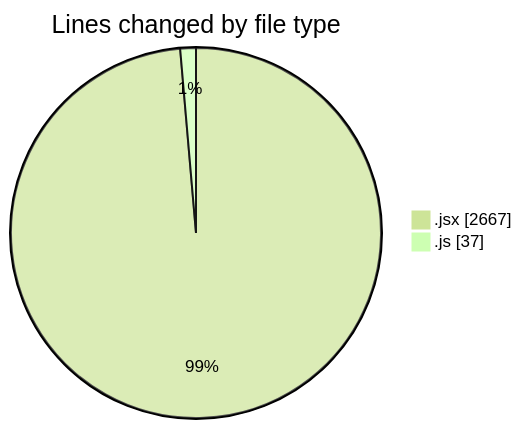
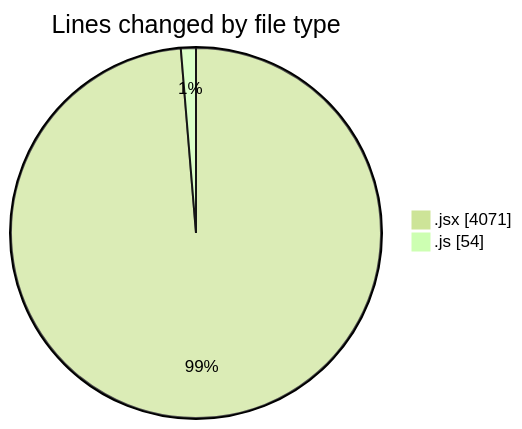
Before and after one commit to nxtqubesakshisongat/code-tracking: the first of 2 diagrams in 2025-07-24/nxtqube_webapp/README.md, drawn with Mermaid (forest theme). The commit also changed other lines of this file and 1 other file, not shown here.

````diff
--- a/2025-07-24/nxtqube_webapp/README.md
+++ b/2025-07-24/nxtqube_webapp/README.md
@@ -25,6 +25,6 @@
 ```mermaid
 pie showData
 title Lines changed by file type
-".jsx" : 2667
-".js" : 37
+".jsx" : 4071
+".js" : 54
 ```
````
